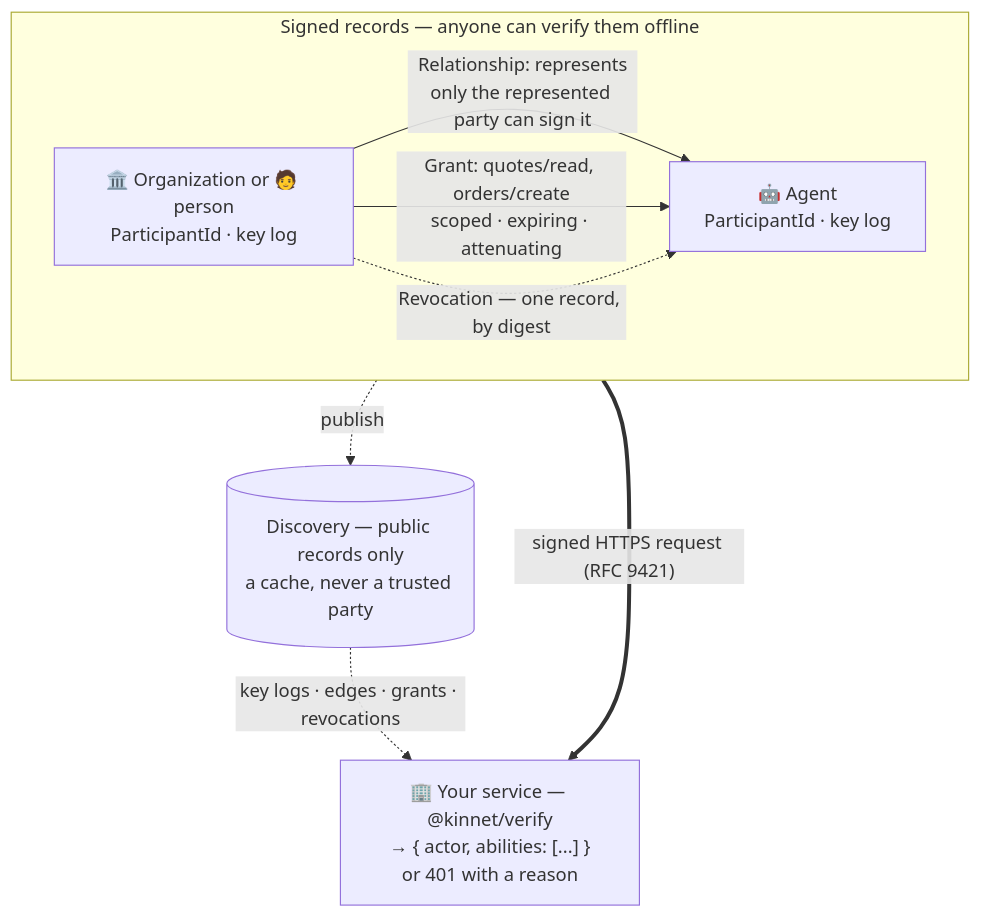
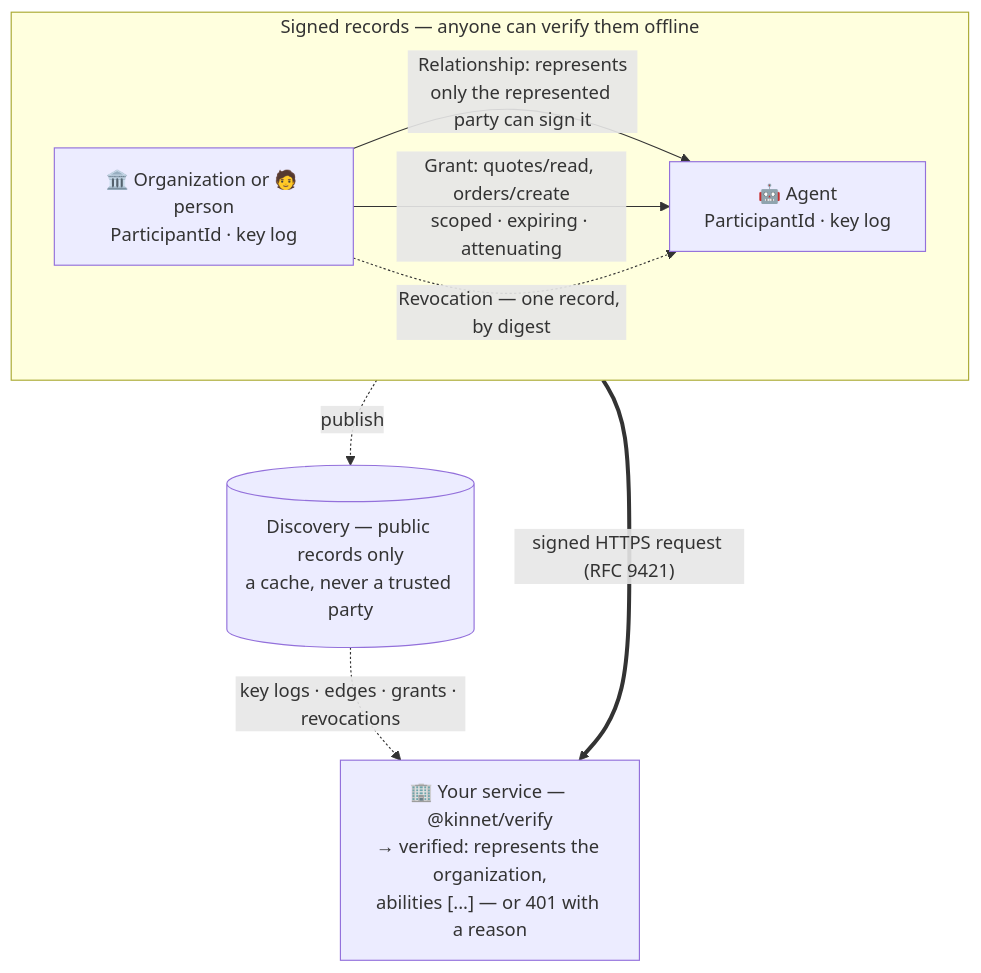
Before and after one commit to HumanMeetsAi/kinnet: the first of 2 diagrams in README.md, drawn with Mermaid. The commit also changed other lines of this file and 11 other files, not shown here.

````diff
--- a/README.md
+++ b/README.md
@@ -92,16 +92,16 @@
 ```mermaid
 flowchart TB
   subgraph records["Signed records — anyone can verify them offline"]
     direction LR
     ORG["🏛️ Organization or 🧑 person<br/>ParticipantId · key log"]
     AGENT["🤖 Agent<br/>ParticipantId · key log"]
     ORG -- "Relationship: represents<br/>only the represented party can sign it" --> AGENT
     ORG -- "Grant: quotes/read, orders/create<br/>scoped · expiring · attenuating" --> AGENT
     ORG -. "Revocation — one record, by digest" .-> AGENT
   end
   DISC[("Discovery — public records only<br/>a cache, never a trusted party")]
-  SVC["🏢 Your service — @kinnet/verify<br/>→ { actor, abilities: [...] }<br/>or 401 with a reason"]
+  SVC["🏢 Your service — @kinnet/verify<br/>→ verified: represents the organization,<br/>abilities [...] — or 401 with a reason"]
   records -. "publish" .-> DISC
   DISC -. "key logs · edges · grants · revocations" .-> SVC
   AGENT == "signed HTTPS request (RFC 9421)" ==> SVC
 ```
````
